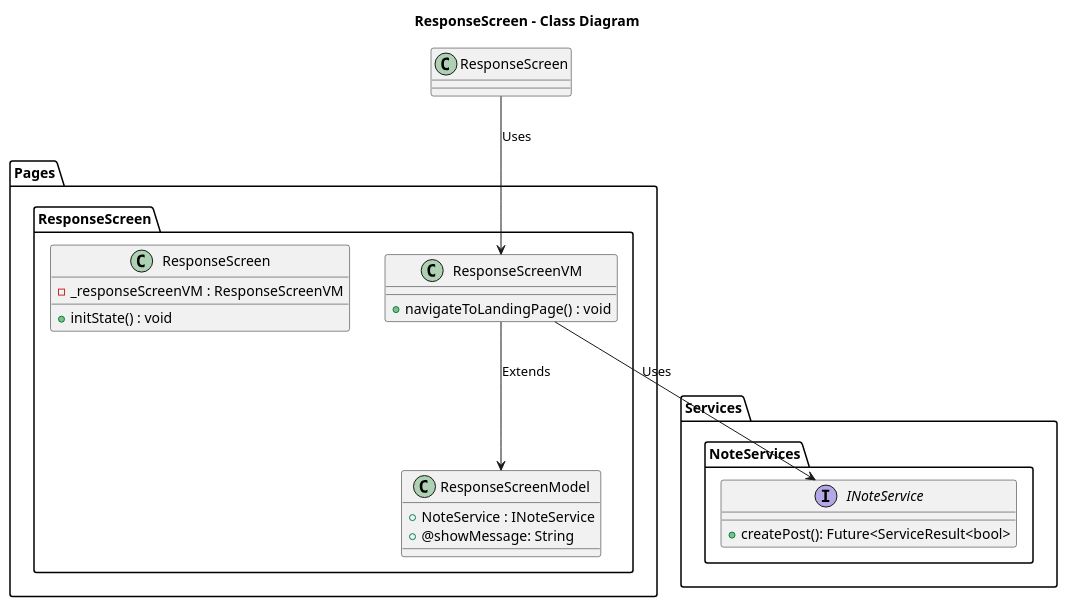
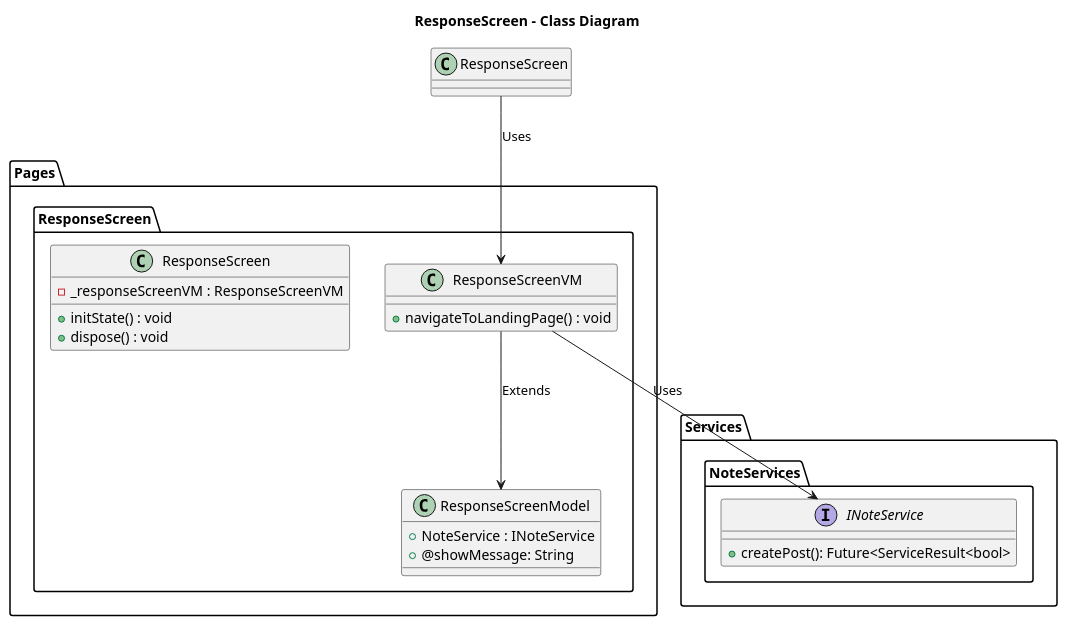
The diagram in lib/Pages/ResponseScreen/Design/ResponseScreen-Class.puml (ThirumuruganArumugam/social_media), drawn with PlantUML before and after one commit. The commit also changed 4 other files, not shown here.

Commit message:
changes in class diagram

```diff
--- a/lib/Pages/ResponseScreen/Design/ResponseScreen-Class.puml
+++ b/lib/Pages/ResponseScreen/Design/ResponseScreen-Class.puml
@@ -1,32 +1,33 @@
 @startuml ResponseScreen - Class
 
 title ResponseScreen - Class Diagram
 
 package Pages{
     package ResponseScreen{
         class ResponseScreenModel{
             + NoteService : INoteService
             + @showMessage: String
         }
         class ResponseScreenVM{
             + navigateToLandingPage() : void
         }
         class ResponseScreen{
             - _responseScreenVM : ResponseScreenVM
             + initState() : void
+            + dispose() : void
         }
     }
 }
 
 package Services{
     package NoteServices{
         interface INoteService{
             + createPost(): Future<ServiceResult<bool>
         }
     }
 }
 
 ResponseScreen --> ResponseScreenVM : Uses
 ResponseScreenVM --> ResponseScreenModel : Extends
 ResponseScreenVM --> INoteService : Uses
 @enduml
```
